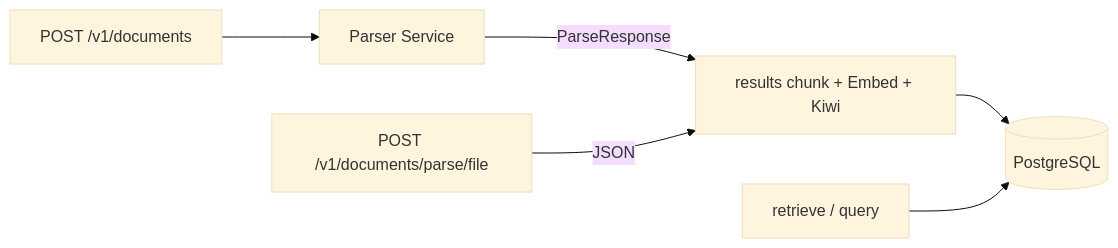
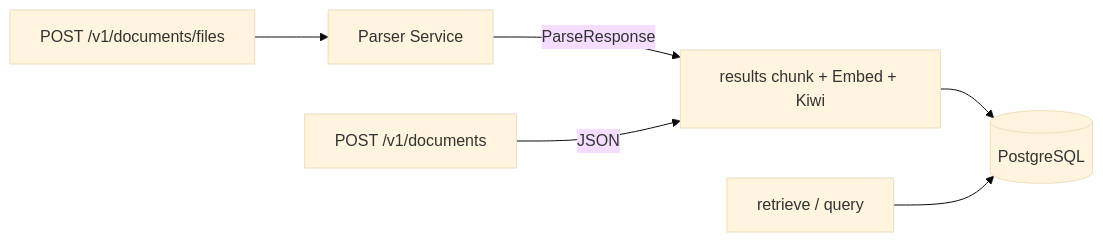
The second of 2 diagrams in doc/ARCHITECTURE.md (santarosalia/rag), drawn with Mermaid (base theme) before and after one commit. The commit also changed other lines of this file and 25 other files, not shown here.

````diff
--- a/doc/ARCHITECTURE.md
+++ b/doc/ARCHITECTURE.md
@@ -129,8 +125,8 @@
 ```mermaid
 flowchart LR
-  A[POST /v1/documents] --> Ext[Parser Service]
+  A[POST /v1/documents/files] --> Ext[Parser Service]
   Ext -->|ParseResponse| Chunk
-  B[POST /v1/documents/parse/file] -->|JSON| Chunk
+  B[POST /v1/documents] -->|JSON| Chunk
   Chunk[results chunk + Embed + Kiwi] --> PG[(PostgreSQL)]
   Q[retrieve / query] --> PG
 ```
````
